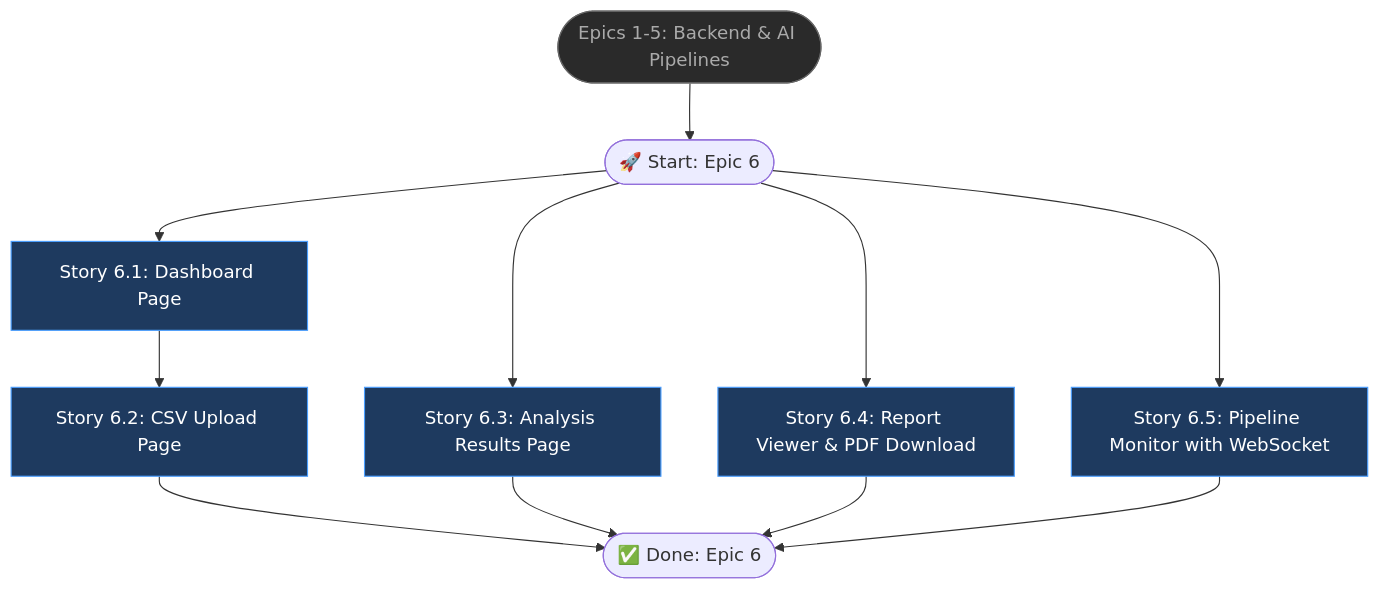
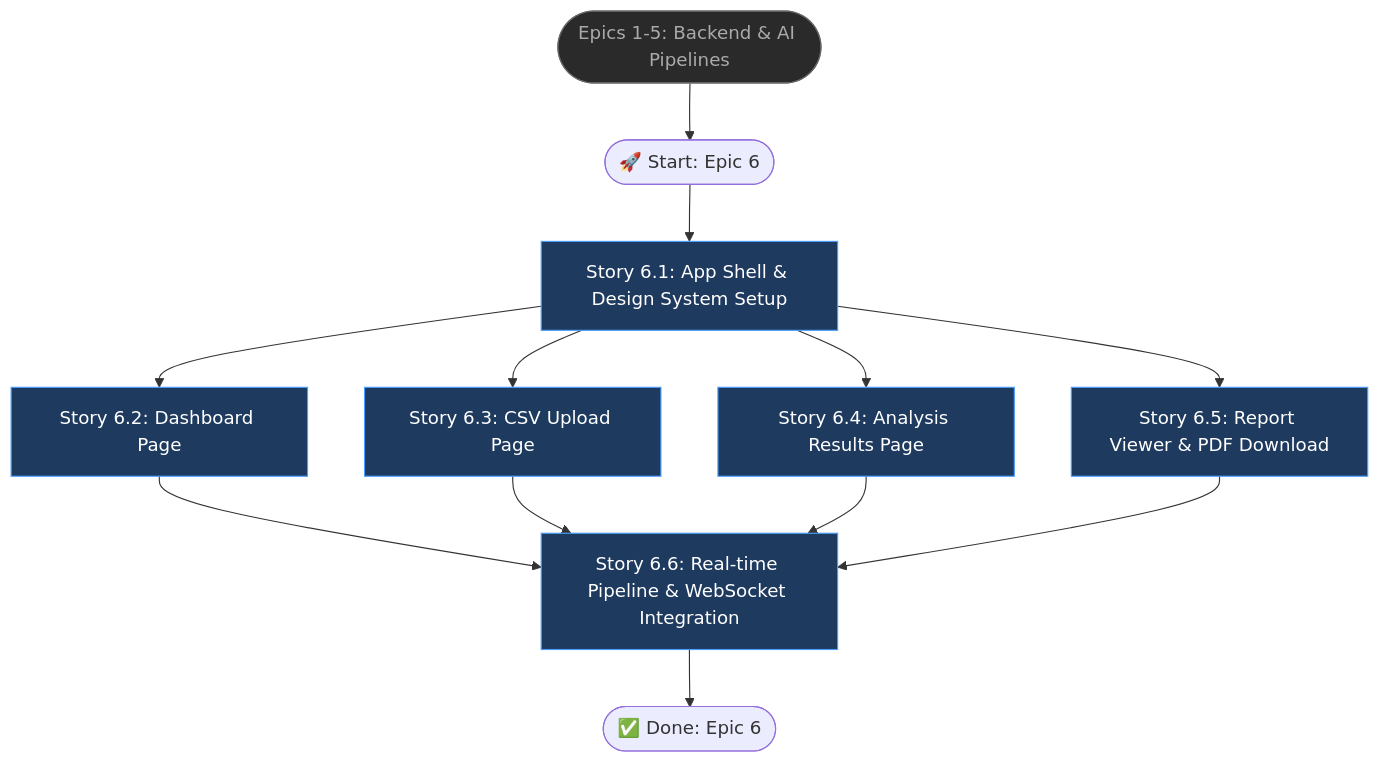
One commit to canhcutcon/final_project_ai changed the diagram in docs/prd/epic-6-frontend-dashboard-and-ui.md. Above: the diagram before and after it, drawn with Mermaid. The commit also changed other lines of this file and 14 other files, not shown here.

Commit message:
refactor: update Epic 6 PRD with Sovereign Intelligence design system and reorganize documentation stories

````diff
--- a/docs/prd/epic-6-frontend-dashboard-and-ui.md
+++ b/docs/prd/epic-6-frontend-dashboard-and-ui.md
@@ -9,22 +38,23 @@
 ```mermaid
 flowchart TD
     P1([Epics 1-5: Backend & AI Pipelines]):::prev --> A
-    A([🚀 Start: Epic 6]) --> B[Story 6.1: Dashboard Page]
-    B --> C[Story 6.2: CSV Upload Page]
-    A --> D[Story 6.3: Analysis Results Page]
-    A --> E[Story 6.4: Report Viewer & PDF Download]
-    A --> F[Story 6.5: Pipeline Monitor with WebSocket]
-    
-    C --> G([✅ Done: Epic 6])
+    A([🚀 Start: Epic 6]) --> B[Story 6.1: App Shell & Design System Setup]
+    B --> C[Story 6.2: Dashboard Page]
+    B --> D[Story 6.3: CSV Upload Page]
+    B --> E[Story 6.4: Analysis Results Page]
+    B --> F[Story 6.5: Report Viewer & PDF Download]
+    C --> G[Story 6.6: Real-time Pipeline & WebSocket Integration]
     D --> G
     E --> G
     F --> G
+    G --> H([✅ Done: Epic 6])
 
     B:::story
     C:::story
     D:::story
     E:::story
     F:::story
+    G:::story
     classDef story fill:#1e3a5f,stroke:#4a9eff,color:#fff
     classDef prev fill:#2a2a2a,stroke:#666,color:#aaa
 ```
````
